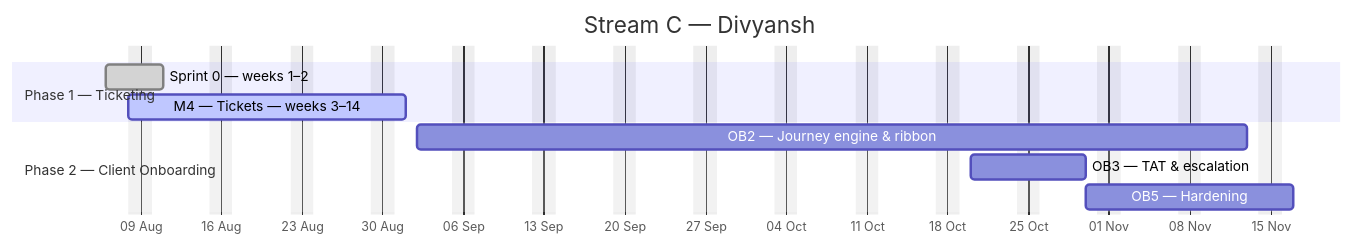
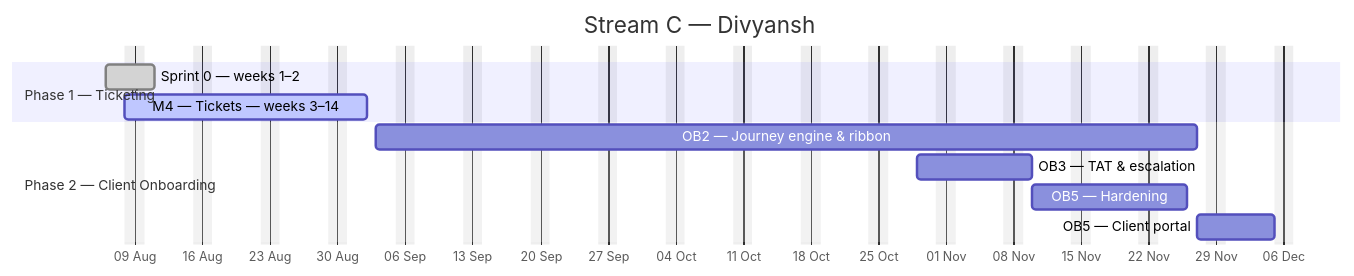
One commit to debashisedunext/EduTrack changed the third of 4 diagrams in docs/plan/GANTT.md. Above: the diagram before and after it, drawn with Mermaid. The commit also changed other lines of this file and 9 other files, not shown here.

First line of the commit message:
docs(onboarding): v1.1 replan — per-product journeys, prerequisites gate, client portal — and the phase-2 schedule to match

````diff
--- a/docs/plan/GANTT.md
+++ b/docs/plan/GANTT.md
@@ -186,14 +183,15 @@
 ```mermaid
 gantt
     dateFormat YYYY-MM-DD
     axisFormat %d %b
     title Stream C — Divyansh
     excludes weekends
     section Phase 1 — Ticketing
     Sprint 0 — weeks 1–2 :done, c0, 2026-08-06, 3d
-    M4 — Tickets — weeks 3–14 :active, c1, 2026-08-08, 17d
+    M4 — Tickets — weeks 3–14 :active, c1, 2026-08-08, 18d
     section Phase 2 — Client Onboarding
-    OB2 — Journey engine & ribbon :c2, 2026-09-02, 52d
-    OB3 — TAT & escalation :c3, 2026-10-20, 8d
-    OB5 — Hardening :c4, 2026-10-30, 12d
+    OB2 — Journey engine & ribbon :c2, 2026-09-03, 61d
+    OB3 — TAT & escalation :c3, 2026-10-29, 8d
+    OB5 — Hardening :c4, 2026-11-10, 12d
+    OB5 — Client portal :c5, 2026-11-27, 6d
 ```
````
